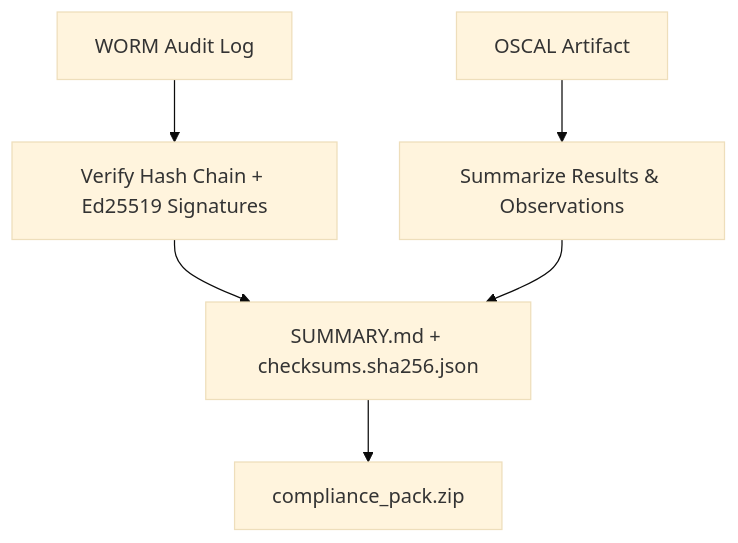
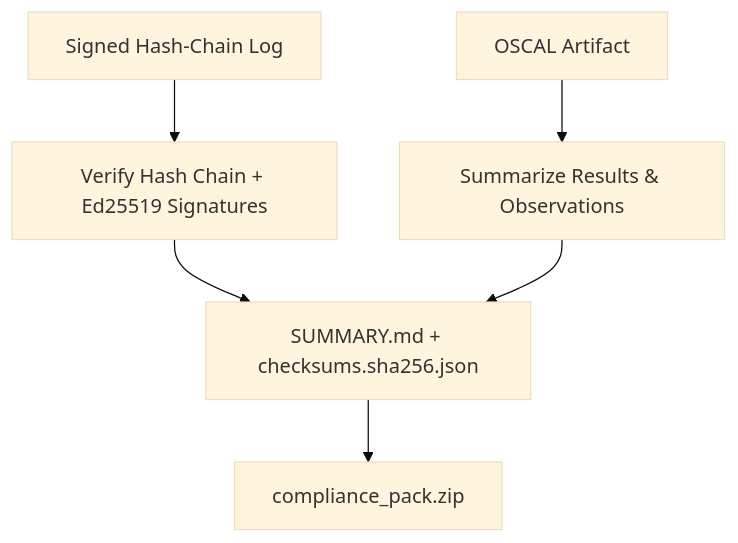
One commit to ninadphalak/LLM-Shield-Proxy changed the diagram in website/docs/features/enterprise-auditing-compliance/compliance-pack-cli-export.md. Above: the diagram before and after it, drawn with Mermaid (base theme). The commit also changed other lines of this file and 103 other files, not shown here.

````diff
--- a/website/docs/features/enterprise-auditing-compliance/compliance-pack-cli-export.md
+++ b/website/docs/features/enterprise-auditing-compliance/compliance-pack-cli-export.md
@@ -31,8 +31,8 @@
 ```mermaid
 flowchart TD
-    A[WORM Audit Log] --> B[Verify Hash Chain + Ed25519 Signatures]
+    A[Signed Hash-Chain Log] --> B[Verify Hash Chain + Ed25519 Signatures]
     C[OSCAL Artifact] --> D[Summarize Results & Observations]
     B --> E[SUMMARY.md + checksums.sha256.json]
     D --> E
     E --> F[compliance_pack.zip]
 ```
````
